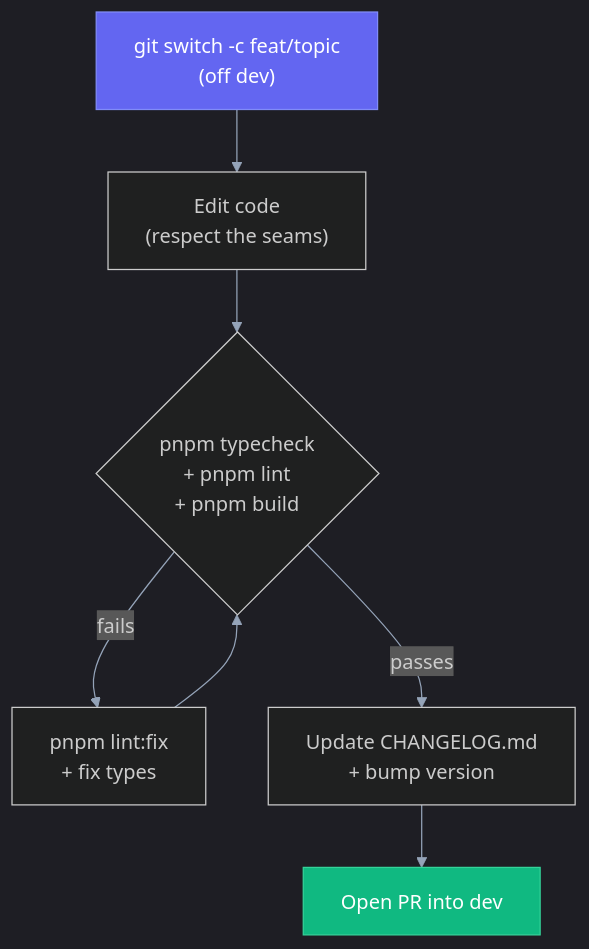
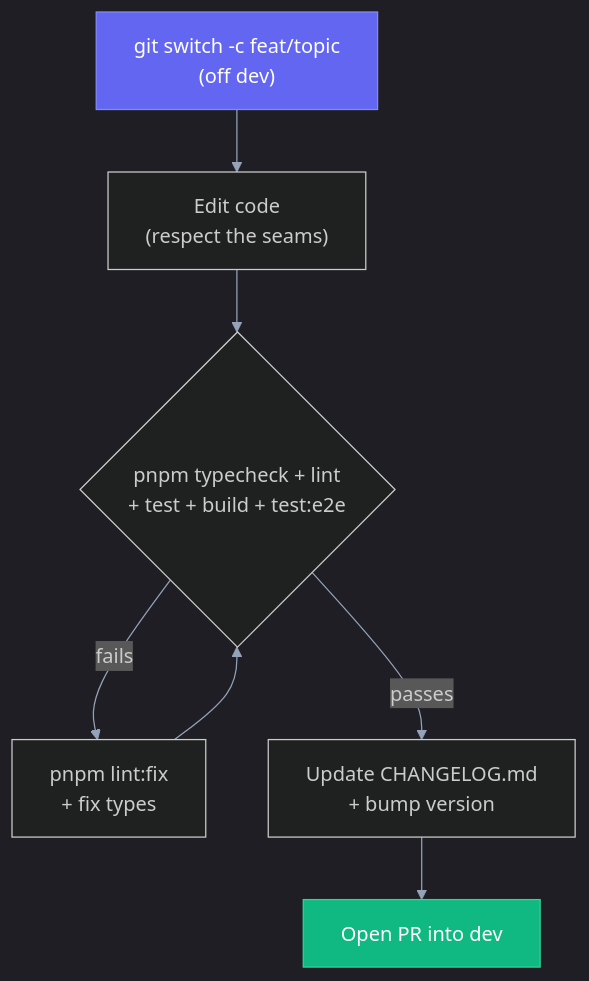
One commit to Sagargupta16/kalchar changed the second of 2 diagrams in docs/DEVELOPMENT.md. Above: the diagram before and after it, drawn with Mermaid. The commit also changed other lines of this file and 22 other files, not shown here.

````diff
--- a/docs/DEVELOPMENT.md
+++ b/docs/DEVELOPMENT.md
@@ -155,17 +159,17 @@
 ```mermaid
 %%{init: {'theme':'dark','themeVariables':{'primaryColor':'#6366f1','primaryTextColor':'#fff','primaryBorderColor':'#818cf8','lineColor':'#94a3b8','clusterBkg':'#1e293b','clusterBorder':'#334155'}}}%%
 flowchart TB
     branch["git switch -c feat/topic<br/>(off dev)"]
     edit["Edit code<br/>(respect the seams)"]
-    verify{"pnpm typecheck<br/>+ pnpm lint<br/>+ pnpm build"}
+    verify{"pnpm typecheck + lint<br/>+ test + build + test:e2e"}
     fix["pnpm lint:fix<br/>+ fix types"]
     log["Update CHANGELOG.md<br/>+ bump version"]
     pr["Open PR into dev"]
 
     branch --> edit --> verify
     verify -->|fails| fix --> verify
     verify -->|passes| log --> pr
 
     style branch fill:#6366f1,color:#fff,stroke:#818cf8
     style pr fill:#10b981,color:#fff,stroke:#34d399
 ```
````
